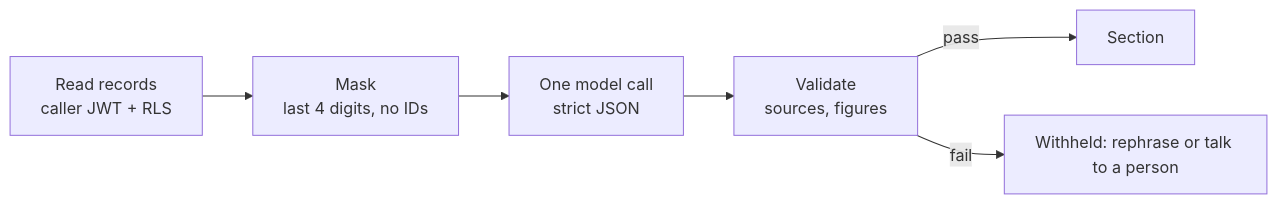
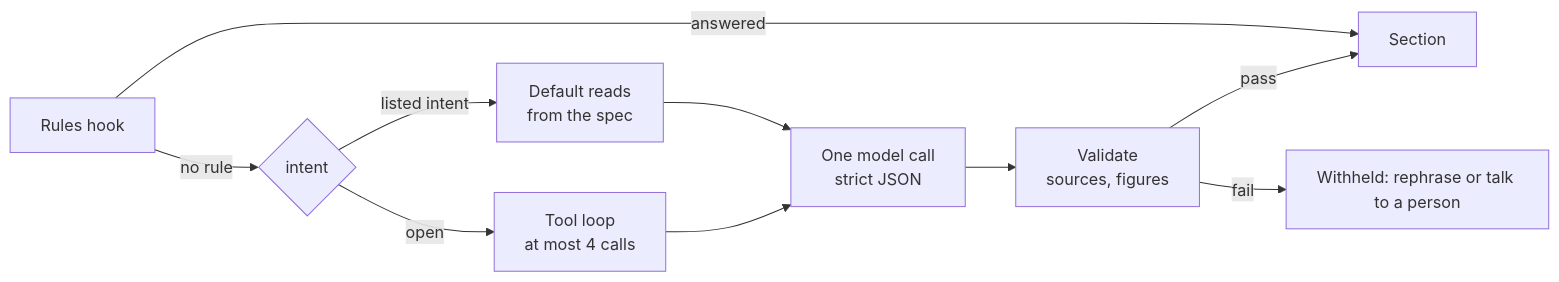
Before and after one commit to deniseLie/IS4000_Group7: the third of 3 diagrams in docs/how-agents-run.md, drawn with Mermaid. The commit also changed other lines of this file and 54 other files, not shown here.

First line of the commit message:
feat(orchestrator): v5 graph on /chat with confirmations as chat turns (phase 5)

````diff
--- a/docs/how-agents-run.md
+++ b/docs/how-agents-run.md
@@ -66,6 +58,12 @@
 ```mermaid
 flowchart LR
-  R[Read records<br/>caller JWT + RLS] --> M[Mask<br/>last 4 digits, no IDs] --> L[One model call<br/>strict JSON] --> V[Validate<br/>sources, figures]
-  V -->|pass| S[Section]
+  RU[Rules hook] -->|answered| S[Section]
+  RU -->|no rule| D{intent}
+  D -->|listed intent| R[Default reads<br/>from the spec]
+  D -->|open| L[Tool loop<br/>at most 4 calls]
+  R --> M[One model call<br/>strict JSON]
+  L --> M
+  M --> V[Validate<br/>sources, figures]
+  V -->|pass| S
   V -->|fail| W[Withheld: rephrase or talk to a person]
 ```
````
